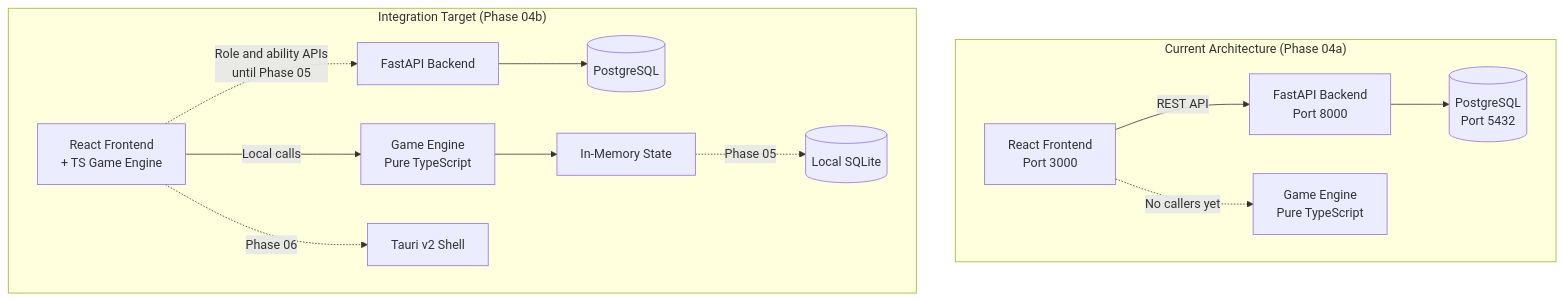
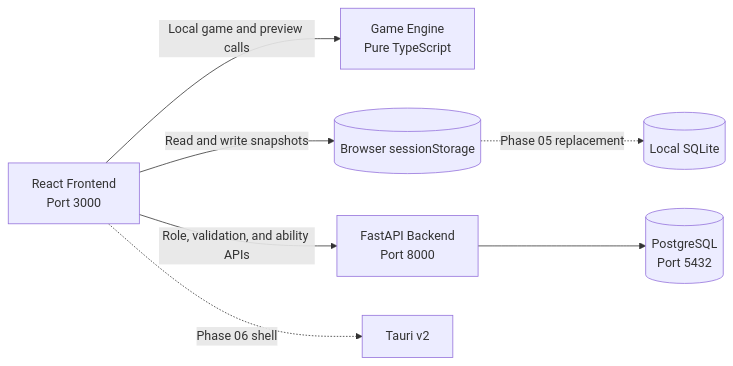
Before and after one commit to threnjen/yourwolf-monorepo: the first of 3 diagrams in docs/ARCHITECTURE.md, drawn with Mermaid. The commit also changed other lines of this file and 66 other files, not shown here.

First line of the commit message:
Phase/phase 04b engine frontend integration (#15)

````diff
--- a/docs/ARCHITECTURE.md
+++ b/docs/ARCHITECTURE.md
@@ -11,18 +9,10 @@
 ```mermaid
-%% Current Phase 04a boundaries and the planned integration path.
-flowchart TD
-    subgraph Current["Current Architecture (Phase 04a)"]
-        FE1[React Frontend<br>Port 3000] -->|REST API| BE1[FastAPI Backend<br>Port 8000]
-        BE1 --> DB1[(PostgreSQL<br>Port 5432)]
-        FE1 -.->|No callers yet| ENG1[Game Engine<br>Pure TypeScript]
-    end
-
-    subgraph Target["Integration Target (Phase 04b)"]
-        FE2[React Frontend<br>+ TS Game Engine] -->|Local calls| ENG[Game Engine<br>Pure TypeScript]
-        FE2 -.->|Role and ability APIs<br>until Phase 05| BE2[FastAPI Backend]
-        BE2 --> DB2[(PostgreSQL)]
-        ENG --> MEM[In-Memory State]
-        MEM -.->|Phase 05| SQLite[(Local SQLite)]
-        FE2 -.->|Phase 06| TAURI[Tauri v2 Shell]
-    end
+%% Current Phase 04b runtime boundaries.
+flowchart LR
+    FE[React Frontend<br>Port 3000] -->|Local game and preview calls| ENG[Game Engine<br>Pure TypeScript]
+    FE -->|Read and write snapshots| STORE[(Browser sessionStorage)]
+    FE -->|Role, validation, and ability APIs| BE[FastAPI Backend<br>Port 8000]
+    BE --> DB[(PostgreSQL<br>Port 5432)]
+    STORE -.->|Phase 05 replacement| SQLite[(Local SQLite)]
+    FE -.->|Phase 06 shell| TAURI[Tauri v2]
 ```
````
